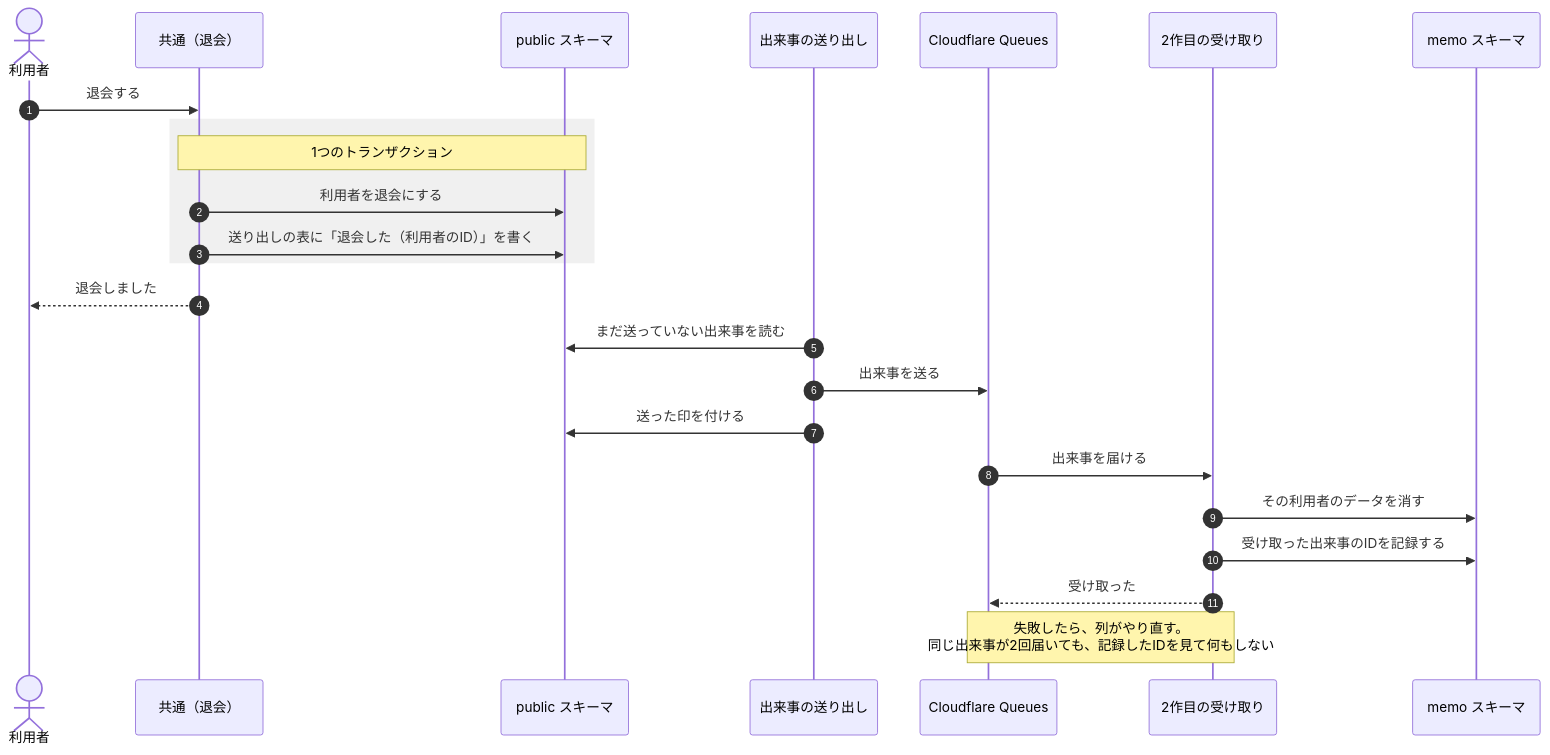
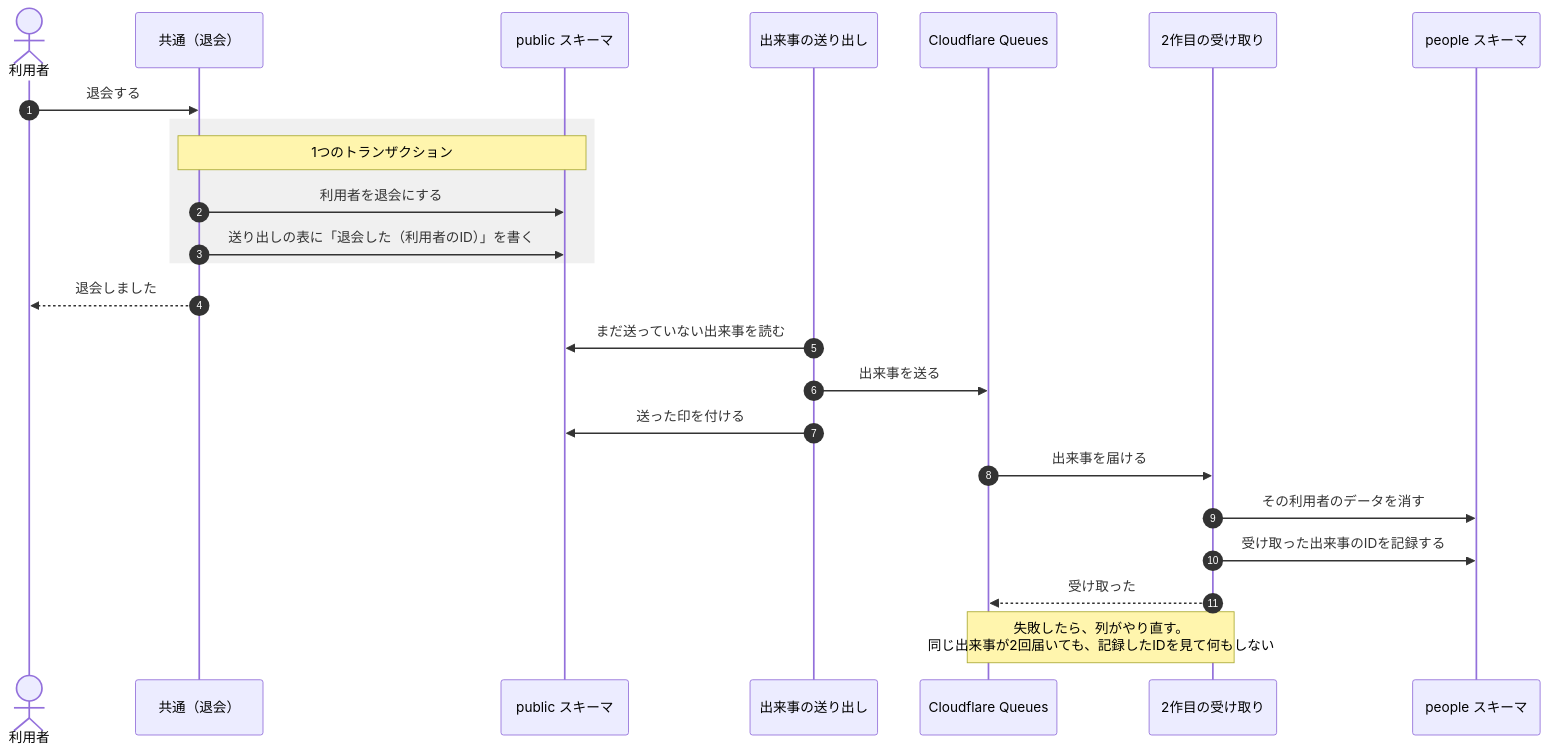
Before and after one commit to takumi-okuya-dev/meguru-app: the fourth of 5 diagrams in docs/app-separation.md, drawn with Mermaid. The commit also changed other lines of this file and 19 other files, not shown here.

````diff
--- a/docs/app-separation.md
+++ b/docs/app-separation.md
@@ -166,27 +166,27 @@
 ```mermaid
 sequenceDiagram
   autonumber
   actor U as 利用者
   participant P as 共通（退会）
   participant PDB as public スキーマ
   participant O as 出来事の送り出し
   participant Q as Cloudflare Queues
   participant M as 2作目の受け取り
-  participant MDB as memo スキーマ
+  participant MDB as people スキーマ
 
   U->>P: 退会する
   rect rgb(240, 240, 240)
     note over P,PDB: 1つのトランザクション
     P->>PDB: 利用者を退会にする
     P->>PDB: 送り出しの表に「退会した（利用者のID）」を書く
   end
   P-->>U: 退会しました
   O->>PDB: まだ送っていない出来事を読む
   O->>Q: 出来事を送る
   O->>PDB: 送った印を付ける
   Q->>M: 出来事を届ける
   M->>MDB: その利用者のデータを消す
   M->>MDB: 受け取った出来事のIDを記録する
   M-->>Q: 受け取った
   note over Q,M: 失敗したら、列がやり直す。<br/>同じ出来事が2回届いても、記録したIDを見て何もしない
 ```
````
